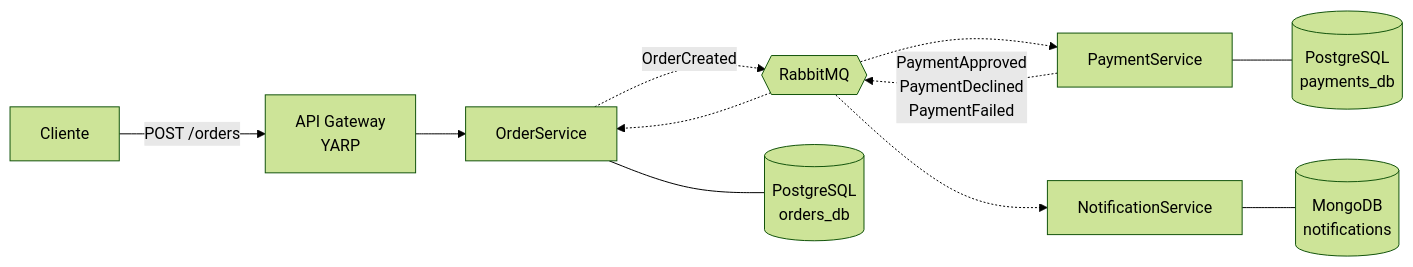
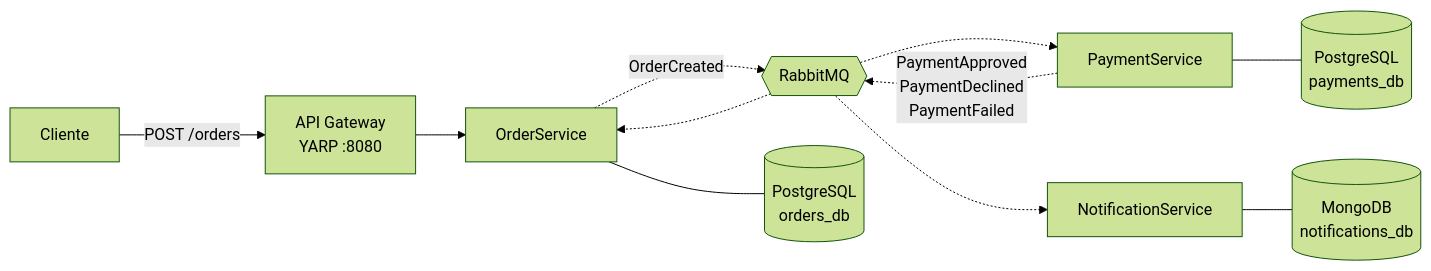
The diagram in README.md (rafacavalcante60/microservices-rabbitmq), drawn with Mermaid (forest theme) before and after one commit. The commit also changed other lines of this file and 1 other file, not shown here.

````diff
--- a/README.md
+++ b/README.md
@@ -27,15 +15,15 @@
 ```mermaid
 flowchart LR
-    C[Cliente] -->|POST /orders| GW[API Gateway<br/>YARP]
+    C[Cliente] -->|POST /orders| GW[API Gateway<br/>YARP :8080]
     GW --> OS[OrderService]
 
     OS -.->|OrderCreated| MQ{{RabbitMQ}}
     MQ -.-> PS[PaymentService]
     PS -.->|PaymentApproved<br/>PaymentDeclined<br/>PaymentFailed| MQ
     MQ -.-> OS
     MQ -.-> NS[NotificationService]
 
     OS --- ODB[(PostgreSQL<br/>orders_db)]
     PS --- PDB[(PostgreSQL<br/>payments_db)]
-    NS --- NDB[(MongoDB<br/>notifications)]
+    NS --- NDB[(MongoDB<br/>notifications_db)]
 ```
````
